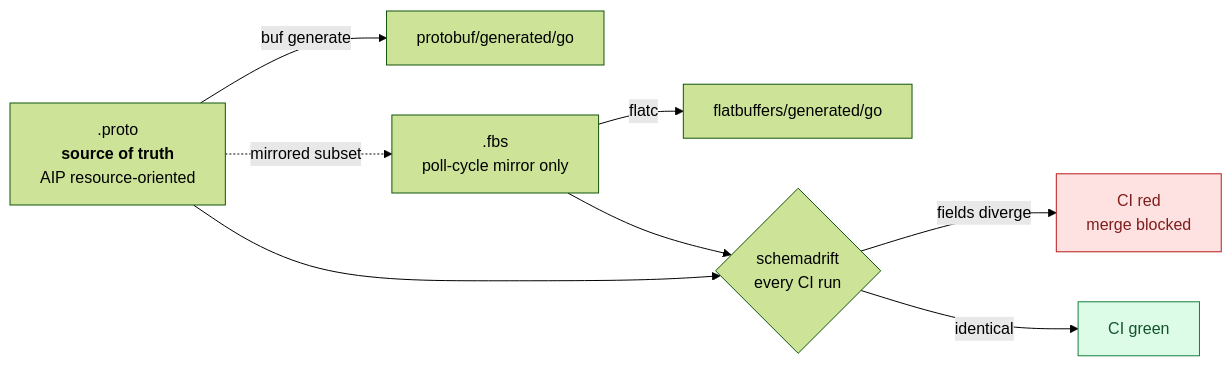
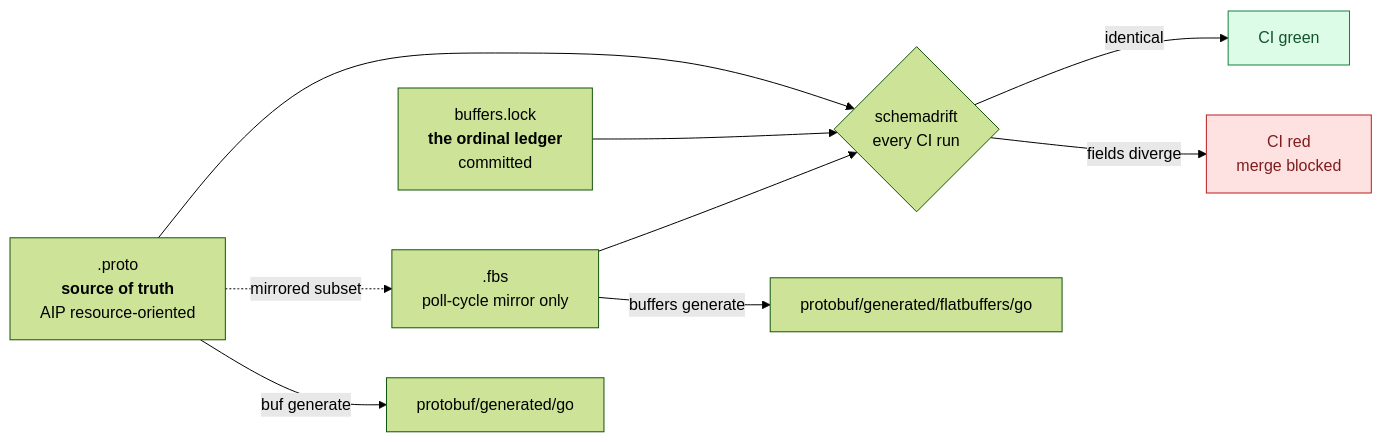
The third of 4 diagrams in README.md (regalium-os/osdp-go), drawn with Mermaid (forest theme) before and after one commit. The commit also changed other lines of this file and 28 other files, not shown here.

First line of the commit message:
Refactor schema drift verification tool

````diff
--- a/README.md
+++ b/README.md
@@ -205,23 +207,25 @@
 ```mermaid
 flowchart LR
     proto[".proto<br/><b>source of truth</b><br/>AIP resource-oriented"]
     fbs[".fbs<br/>poll-cycle mirror only"]
+    lock["buffers.lock<br/><b>the ordinal ledger</b><br/>committed"]
     gengo["protobuf/generated/go"]
-    genfbs["flatbuffers/generated/go"]
+    genfbs["protobuf/generated/flatbuffers/go"]
     drift{"schemadrift<br/>every CI run"}
     red["CI red<br/>merge blocked"]
     green["CI green"]
 
     proto -->|buf generate| gengo
-    fbs -->|flatc| genfbs
+    fbs -->|buffers generate| genfbs
     proto -. "mirrored subset" .-> fbs
     proto --> drift
     fbs --> drift
+    lock --> drift
     drift -->|"fields diverge"| red
     drift -->|"identical"| green
 
     classDef bad fill:#fee2e2,stroke:#b91c1c,color:#7f1d1d
     classDef good fill:#dcfce7,stroke:#15803d,color:#14532d
     class red bad
     class green good
 ```
````
